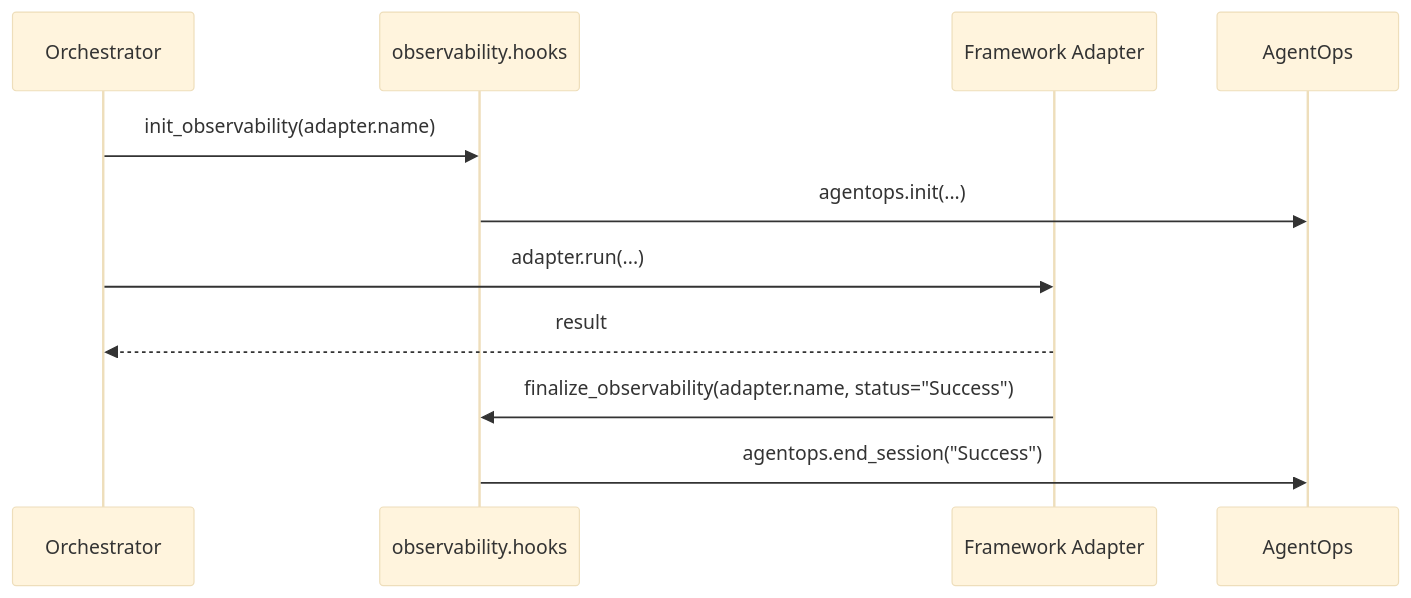
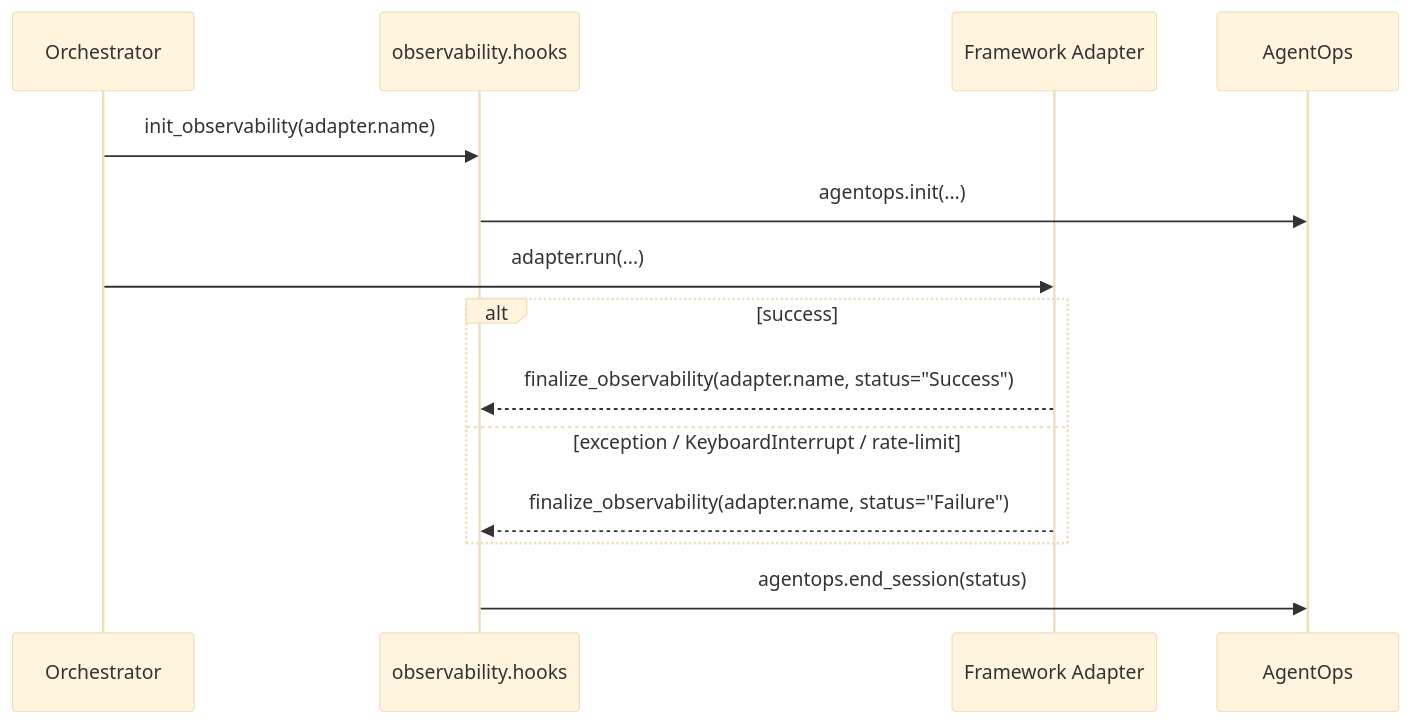
Before and after one commit to MervinPraison/PraisonAIDocs: the second of 3 diagrams in docs/features/observability-hooks.mdx, drawn with Mermaid (base theme). The commit also changed other lines of this file and 3 other files, not shown here.

````diff
--- a/docs/features/observability-hooks.mdx
+++ b/docs/features/observability-hooks.mdx
@@ -116,14 +140,17 @@
 ```mermaid
 sequenceDiagram
     participant Orch as Orchestrator
     participant Hook as observability.hooks
     participant Adapter as Framework Adapter
     participant AOps as AgentOps
 
     Orch->>Hook: init_observability(adapter.name)
     Hook->>AOps: agentops.init(...)
     Orch->>Adapter: adapter.run(...)
-    Adapter-->>Orch: result
-    Adapter->>Hook: finalize_observability(adapter.name, status="Success")
-    Hook->>AOps: agentops.end_session("Success")
+    alt success
+        Adapter-->>Hook: finalize_observability(adapter.name, status="Success")
+    else exception / KeyboardInterrupt / rate-limit
+        Adapter-->>Hook: finalize_observability(adapter.name, status="Failure")
+    end
+    Hook->>AOps: agentops.end_session(status)
 ```
````
